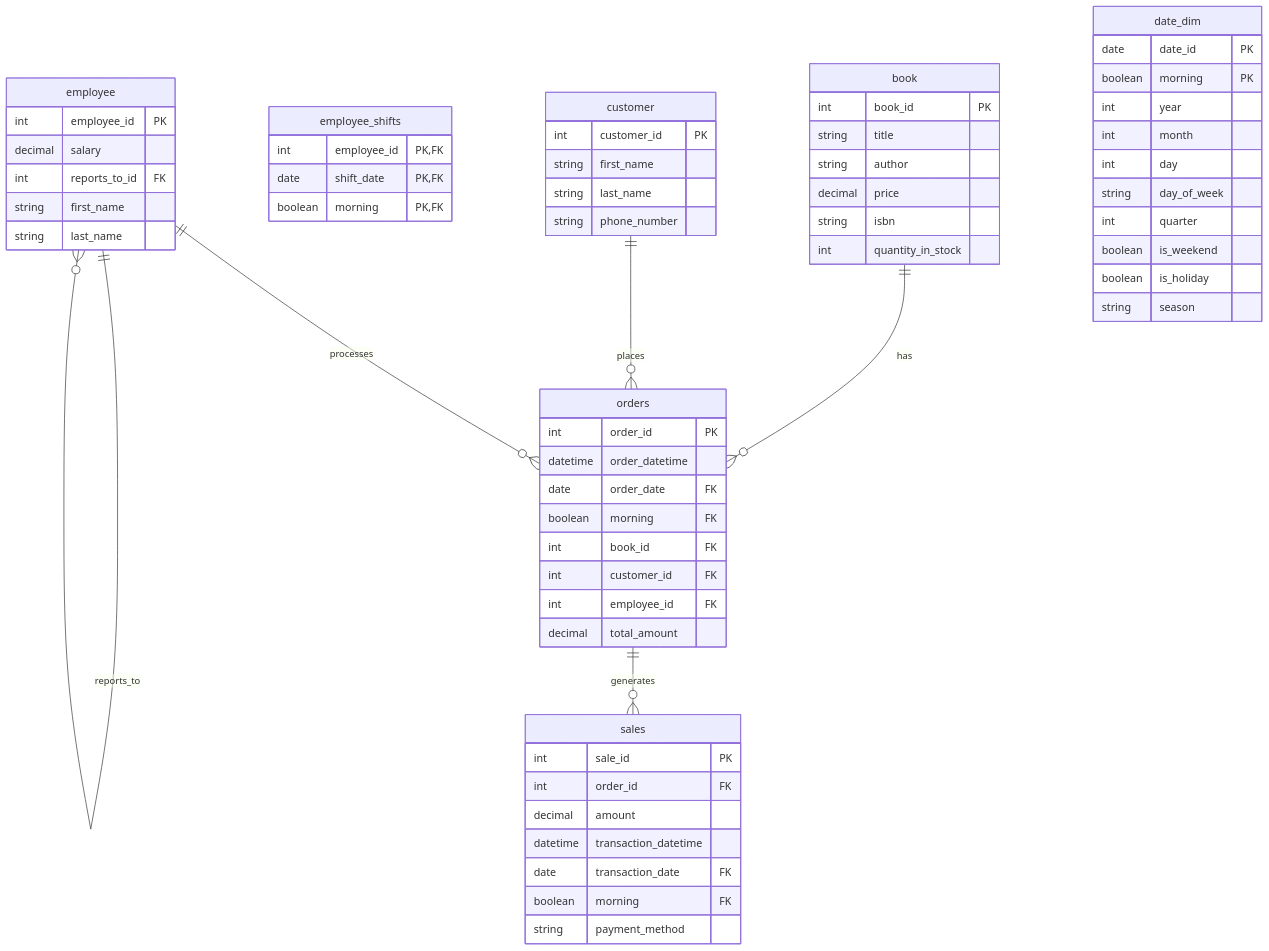
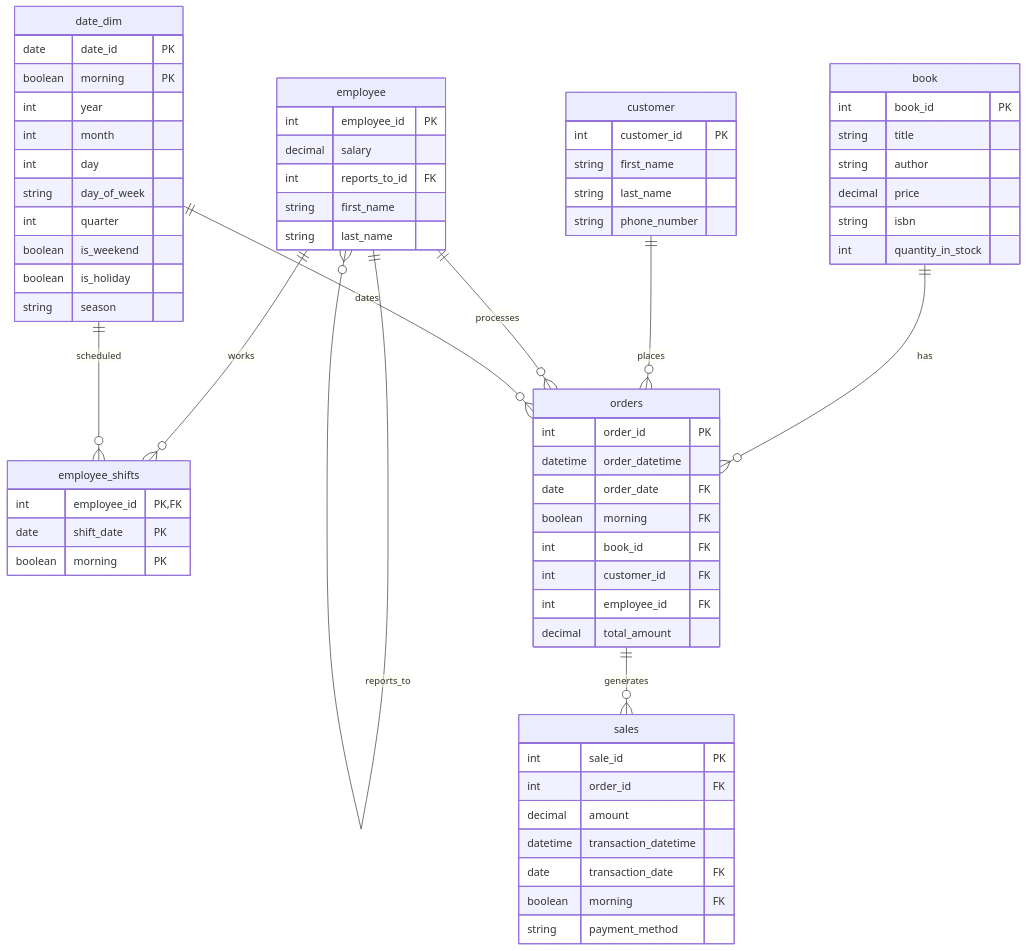
One commit to troniak/sql changed the second of 3 diagrams in 02_activities/assignments/Assignment2.md. Above: the diagram before and after it, drawn with Mermaid. The commit also changed other lines of this file, not shown here.

Commit message:
Use shifts table in ERD

````diff
--- a/02_activities/assignments/Assignment2.md
+++ b/02_activities/assignments/Assignment2.md
@@ -113,72 +113,75 @@
 ```mermaid
 erDiagram
     employee {
         int employee_id PK
         decimal salary
         int reports_to_id FK
         string first_name
         string last_name
     }
 
-    employee_shifts{
-        int employee_id PK,FK
-        date shift_date PK,FK
-        boolean morning PK,FK
+    employee_shifts {
+        int employee_id PK, FK
+        date shift_date PK
+        boolean morning PK
     }
 
     orders {
         int order_id PK
         datetime order_datetime
         date order_date FK
         boolean morning FK
         int book_id FK
         int customer_id FK
         int employee_id FK
         decimal total_amount
     }
 
     sales {
         int sale_id PK
         int order_id FK
         decimal amount
         datetime transaction_datetime
         date transaction_date FK
         boolean morning FK
         string payment_method
     }
 
     customer {
         int customer_id PK
         string first_name
         string last_name
         string phone_number
     }
 
     book {
         int book_id PK
         string title
         string author
         decimal price
         string isbn
         int quantity_in_stock
     }
 
     date_dim {
         date date_id PK
         boolean morning PK
         int year
         int month
         int day
         string day_of_week
         int quarter
         boolean is_weekend
         boolean is_holiday
         string season
     }
 
     employee ||--o{ employee : "reports_to"
+    employee ||--o{ employee_shifts : "works"
     book ||--o{ orders : "has"
     customer ||--o{ orders : "places"
     employee ||--o{ orders : "processes"
     orders ||--o{ sales : "generates"
+    date_dim ||--o{ orders : "dates"
+    date_dim ||--o{ employee_shifts : "scheduled"
 ```
````
